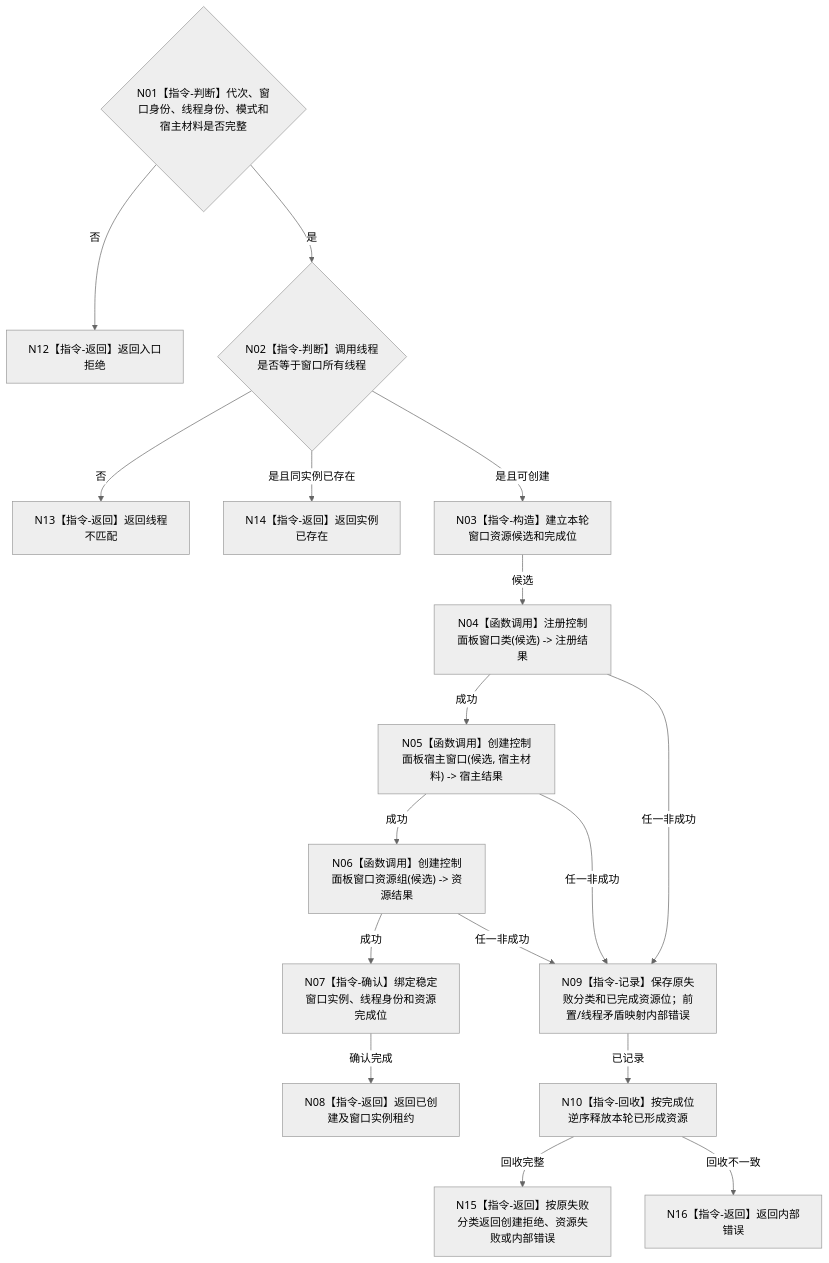
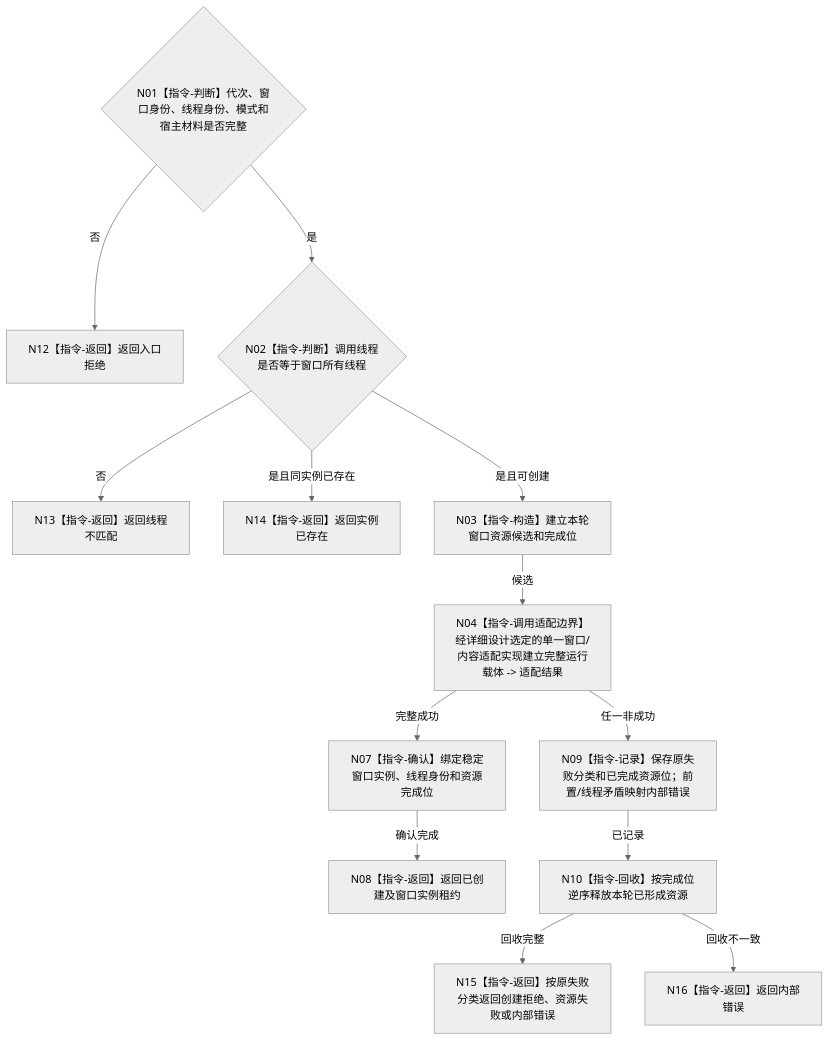
One commit to chunhaizh-cyber/HY-Ego changed the diagram in 流程图/目标业务流程图/L3/BIZ-L3-005-01-01_创建窗口运行载体_目标函数流程图_v0.2.md. Above: the diagram before and after it, drawn with Mermaid (neutral theme). The commit also changed other lines of this file and 29 other files, not shown here.

Commit message:
校正 BIZ-L2-005 控制面板流程图

````diff
--- a/流程图/目标业务流程图/L3/BIZ-L3-005-01-01_创建窗口运行载体_目标函数流程图_v0.2.md
+++ b/流程图/目标业务流程图/L3/BIZ-L3-005-01-01_创建窗口运行载体_目标函数流程图_v0.2.md
@@ -31,19 +31,15 @@
 ```mermaid
 flowchart TD
     N01{"N01【指令-判断】代次、窗口身份、线程身份、模式和宿主材料是否完整"} -->|否| N12["N12【指令-返回】返回入口拒绝"]
     N01 -->|是| N02{"N02【指令-判断】调用线程是否等于窗口所有线程"}
     N02 -->|否| N13["N13【指令-返回】返回线程不匹配"]
     N02 -->|是且同实例已存在| N14["N14【指令-返回】返回实例已存在"]
     N02 -->|是且可创建| N03["N03【指令-构造】建立本轮窗口资源候选和完成位"]
-    N03 -->|候选| N04["N04【函数调用】注册控制面板窗口类(候选) -> 注册结果"]
-    N04 -->|成功| N05["N05【函数调用】创建控制面板宿主窗口(候选, 宿主材料) -> 宿主结果"]
+    N03 -->|候选| N04["N04【指令-调用适配边界】经详细设计选定的单一窗口/内容适配实现建立完整运行载体 -> 适配结果"]
+    N04 -->|完整成功| N07["N07【指令-确认】绑定稳定窗口实例、线程身份和资源完成位"]
     N04 -->|任一非成功| N09["N09【指令-记录】保存原失败分类和已完成资源位；前置/线程矛盾映射内部错误"]
-    N05 -->|成功| N06["N06【函数调用】创建控制面板窗口资源组(候选) -> 资源结果"]
-    N05 -->|任一非成功| N09
-    N06 -->|任一非成功| N09
-    N06 -->|成功| N07["N07【指令-确认】绑定稳定窗口实例、线程身份和资源完成位"]
     N07 -->|确认完成| N08["N08【指令-返回】返回已创建及窗口实例租约"]
     N09 -->|已记录| N10["N10【指令-回收】按完成位逆序释放本轮已形成资源"]
     N10 -->|回收完整| N15["N15【指令-返回】按原失败分类返回创建拒绝、资源失败或内部错误"]
     N10 -->|回收不一致| N16["N16【指令-返回】返回内部错误"]
 ```
````
